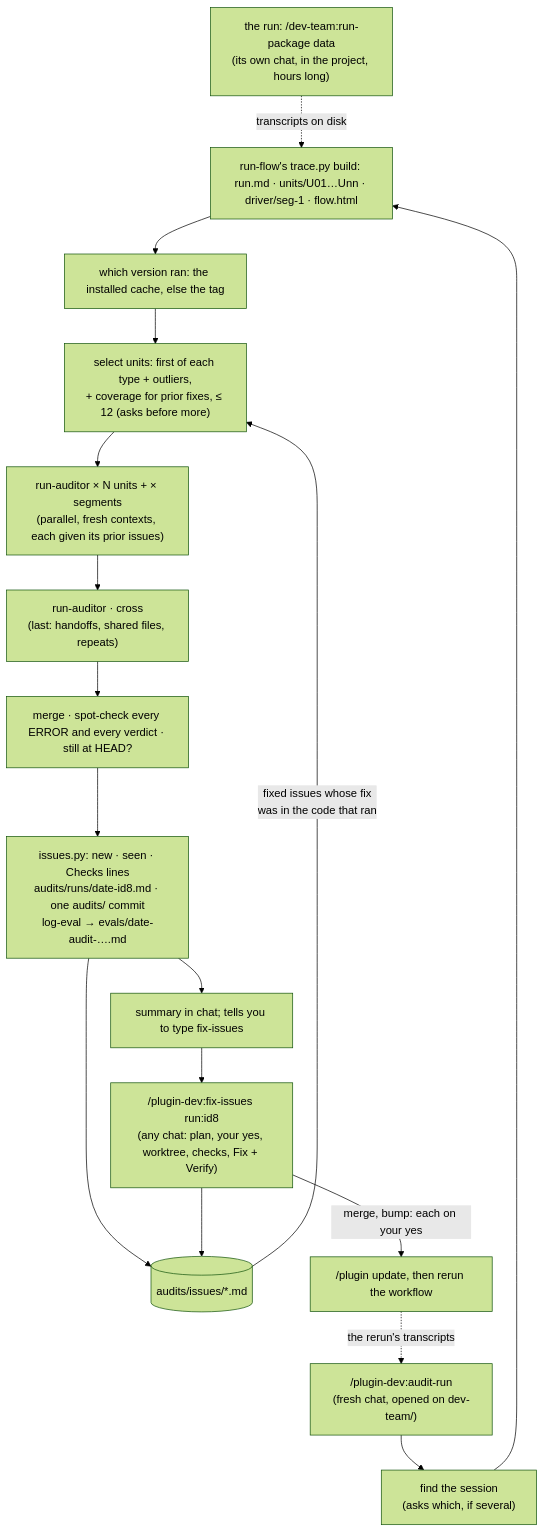
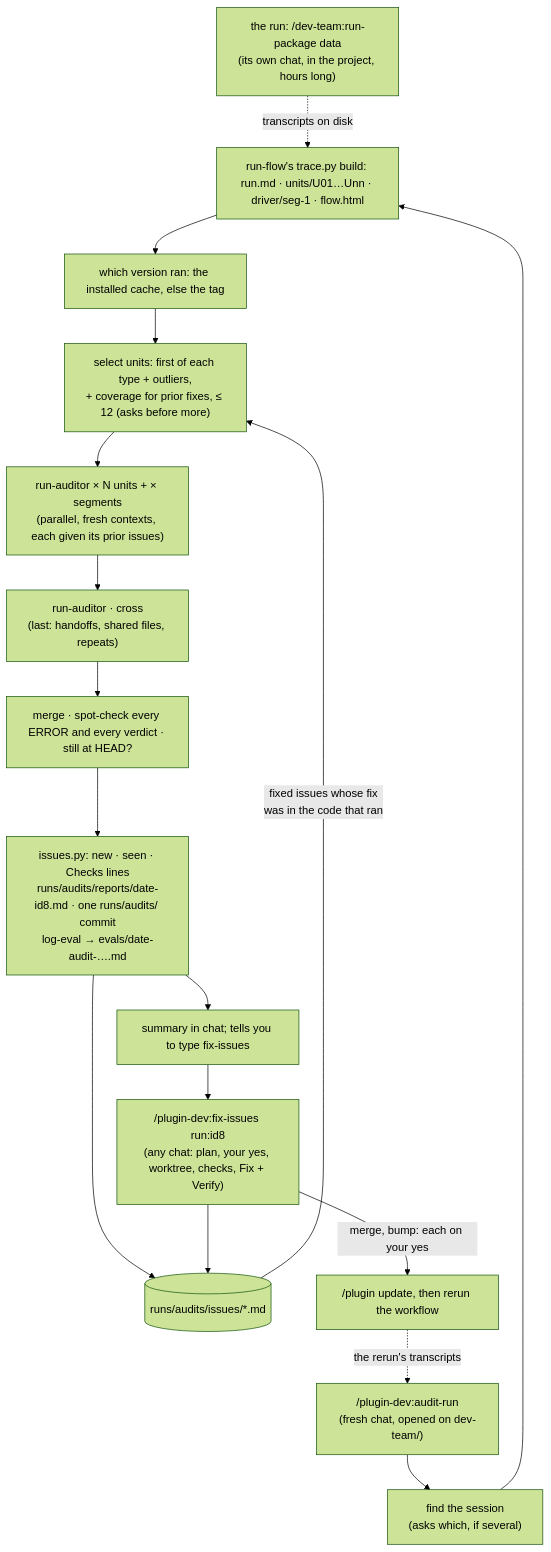
One commit to cott435/cott-plugins changed the diagram in plugin-dev/site/workflows/audit-a-run.md. Above: the diagram before and after it, drawn with Mermaid (forest theme). The commit also changed other lines of this file and 192 other files, not shown here.

Commit message:
plugin-dev: runs/ directory — traces under runs/<project>/<command> <title>/<id8>, the audit ledger under runs/audits/ (issues, INDEX.md, reports); trace.py where; dev-team ledger migrated

````diff
--- a/plugin-dev/site/workflows/audit-a-run.md
+++ b/plugin-dev/site/workflows/audit-a-run.md
@@ -17,19 +17,19 @@
 ```mermaid
 flowchart TD
   R["the run: /dev-team:run-package data<br/>(its own chat, in the project, hours long)"] -.->|transcripts on disk| T
   A["/plugin-dev:audit-run<br/>(fresh chat, opened on dev-team/)"] --> F["find the session<br/>(asks which, if several)"]
   F --> T["run-flow's trace.py build: run.md · units/U01…Unn · driver/seg-1 · flow.html"]
   T --> V["which version ran: the installed cache, else the tag"]
   V --> S["select units: first of each type + outliers,<br/>+ coverage for prior fixes, ≤ 12 (asks before more)"]
-  ISS[("audits/issues/*.md")] -->|"fixed issues whose fix<br/>was in the code that ran"| S
+  ISS[("runs/audits/issues/*.md")] -->|"fixed issues whose fix<br/>was in the code that ran"| S
   S --> P["run-auditor × N units + × segments<br/>(parallel, fresh contexts, each given its prior issues)"]
   P --> X["run-auditor · cross<br/>(last: handoffs, shared files, repeats)"]
   X --> M["merge · spot-check every ERROR and every verdict · still at HEAD?"]
-  M --> O["issues.py: new · seen · Checks lines<br/>audits/runs/date-id8.md · one audits/ commit<br/>log-eval → evals/date-audit-….md"]
+  M --> O["issues.py: new · seen · Checks lines<br/>runs/audits/reports/date-id8.md · one runs/audits/ commit<br/>log-eval → evals/date-audit-….md"]
   O --> ISS
   O --> U["summary in chat; tells you to type fix-issues"]
   U --> FI["/plugin-dev:fix-issues run:id8<br/>(any chat: plan, your yes, worktree, checks, Fix + Verify)"]
   FI --> ISS
   FI -->|"merge, bump: each on your yes"| UP["/plugin update, then rerun the workflow"]
   UP -.->|the rerun's transcripts| A
 ```
````
